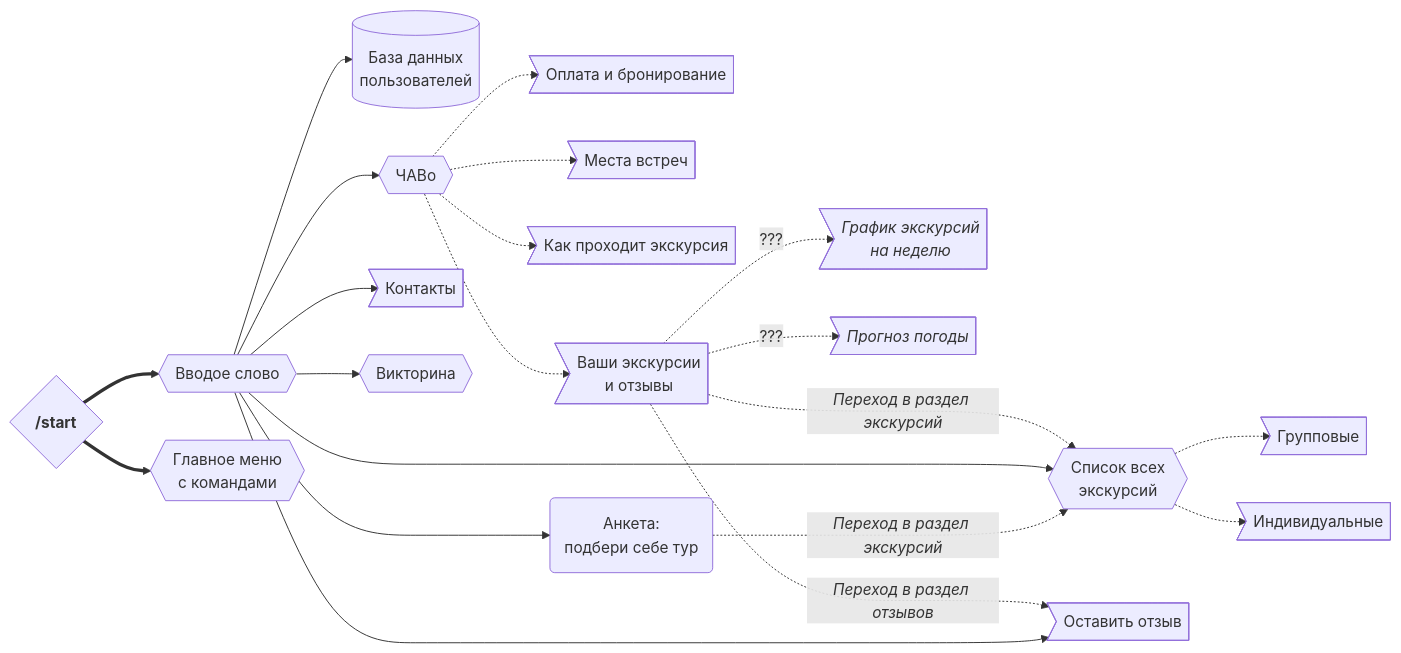
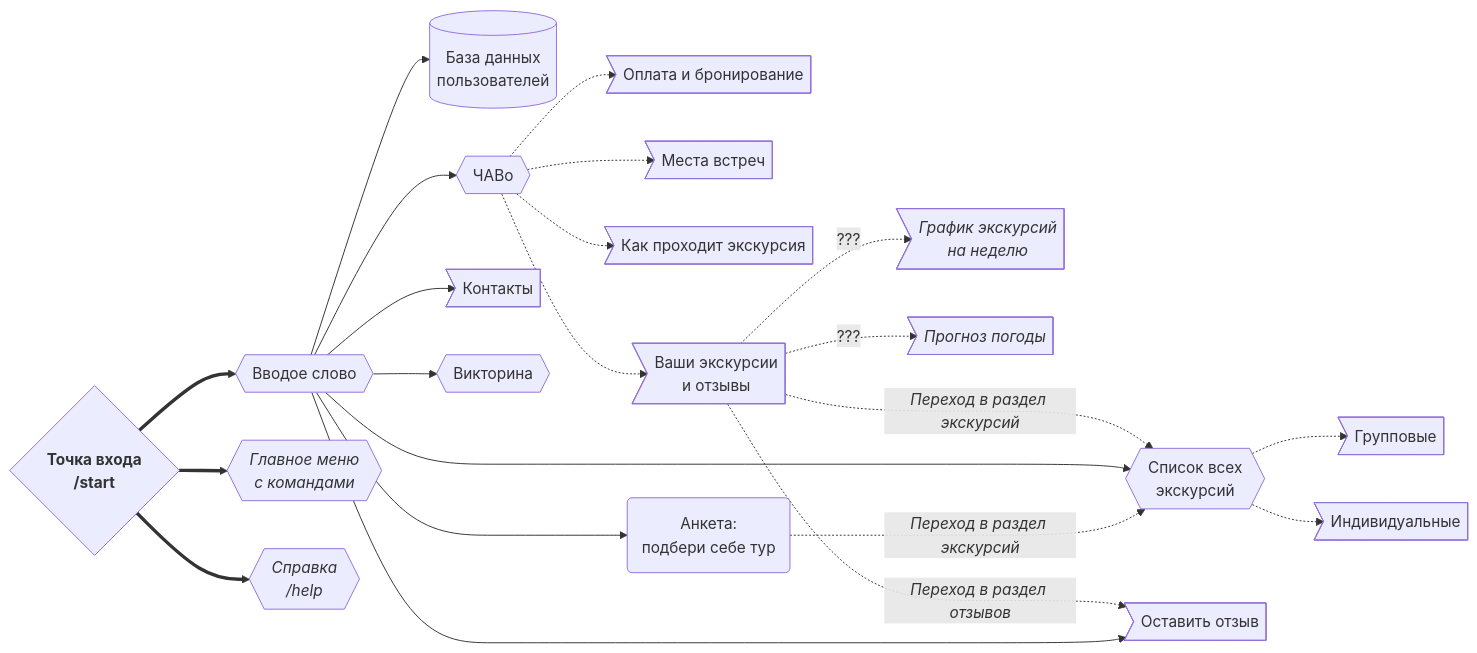
Before and after one commit to tropintropin/telegram_bot_peshehod_chat: the second of 2 diagrams in README.md, drawn with Mermaid.

````diff
--- a/README.md
+++ b/README.md
@@ -69,24 +69,25 @@
 ```mermaid
 graph LR
-    id0{<strong>/start</strong>}
+    id0{<strong>Точка входа<br>/start</strong>}
     id0 ==> id1{{Вводое слово}}
-    id0 ==> id9{{Главное меню<br>с командами}}
+    id0 ==> id9{{<i>Главное меню<br>с командами</i>}}
+    id0 ==> id10{{<i>Справка<br>/help<i>}}
     id1 --> id8[(База данных<br>пользователей)]
     id1 --> id2{{ЧАВо}}
         id2 -.-> id20>Оплата и бронирование]
         id2 -.-> id21>Места встреч]
         id2 -.-> id22>Как проходит экскурсия]
         id2 -.-> id23>Ваши экскурсии<br>и отзывы]
             id23 -.->|???| id232><i>График экскурсий<br>на неделю</i>]
             id23 -.->|???| id230><i>Прогноз погоды</i>]
             id23 -..->|<i>Переход в раздел экскурсий</i>| id7
             id23 -..->|<i>Переход в раздел отзывов</i>| id4
     id1 --> id7{{Список всех<br>экскурсий}}
         id7 -.-> id71>Групповые]
         id7 -.-> id72>Индивидуальные]
     id1 --> id3>Контакты]
     id1 --> id4>Оставить отзыв]
     id1 --> id5(Анкета:<br>подбери себе тур)
         id5 -..->|<i>Переход в раздел экскурсий</i>| id7
     id1 --> id6{{Викторина}}
 ```
````
